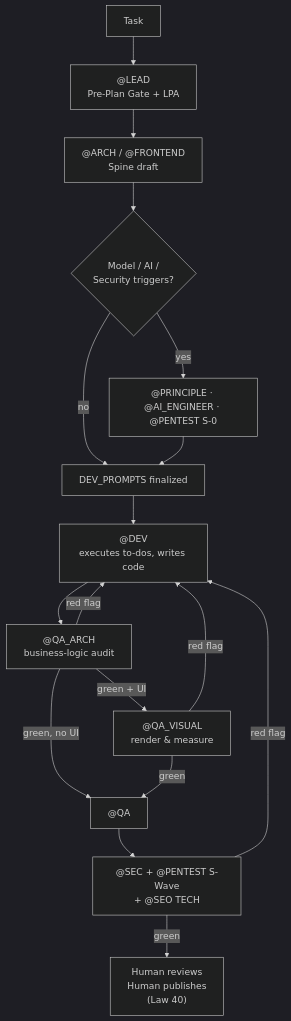
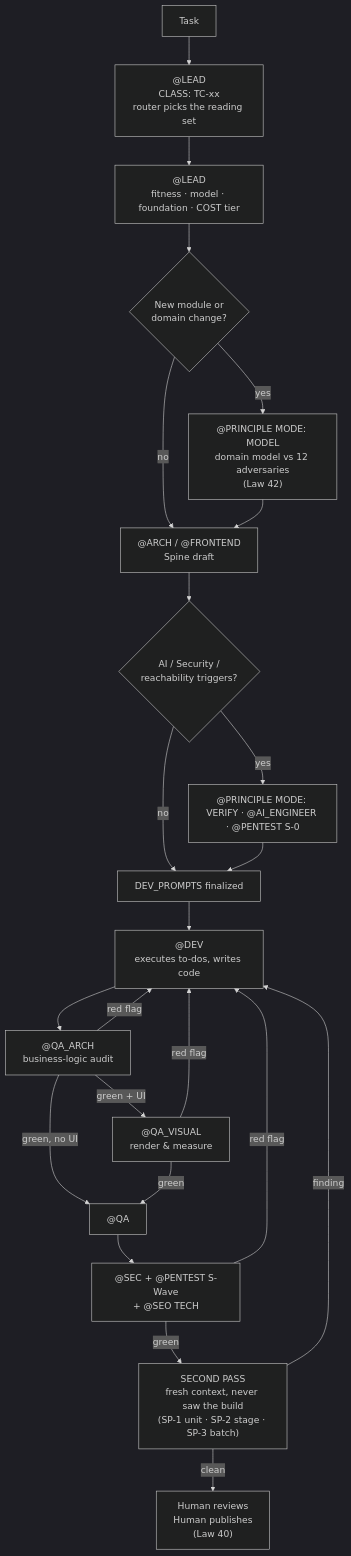
One commit to alex-zaporozhan/leo changed the diagram in README.md. Above: the diagram before and after it, drawn with Mermaid (dark theme). The commit also changed other lines of this file and 2 other files, not shown here.

````diff
--- a/README.md
+++ b/README.md
@@ -111,19 +138,25 @@
 ```mermaid
 flowchart TD
-    A["Task"] --> B["@LEAD\nPre-Plan Gate + LPA"]
-    B --> C["@ARCH / @FRONTEND\nSpine draft"]
-    C --> D{"Model / AI /\nSecurity triggers?"}
-    D -->|"yes"| E["@PRINCIPLE · @AI_ENGINEER · @PENTEST S-0"]
+    A["Task"] --> R["@LEAD\nCLASS: TC-xx\nrouter picks the reading set"]
+    R --> B["@LEAD\nfitness · model · foundation · COST tier"]
+    B --> M{"New module or\ndomain change?"}
+    M -->|"yes"| N["@PRINCIPLE MODE: MODEL\ndomain model vs 12 adversaries\n(Law 42)"]
+    M -->|"no"| C["@ARCH / @FRONTEND\nSpine draft"]
+    N --> C
+    C --> D{"AI / Security /\nreachability triggers?"}
+    D -->|"yes"| E["@PRINCIPLE MODE: VERIFY · @AI_ENGINEER · @PENTEST S-0"]
     D -->|"no"| F["DEV_PROMPTS finalized"]
     E --> F
     F --> G["@DEV\nexecutes to-dos, writes code"]
     G --> H["@QA_ARCH\nbusiness-logic audit"]
     H -->|"red flag"| G
     H -->|"green + UI"| I["@QA_VISUAL\nrender & measure"]
     I -->|"red flag"| G
     H -->|"green, no UI"| J["@QA"]
     I -->|"green"| J
     J --> K["@SEC + @PENTEST S-Wave\n+ @SEO TECH"]
     K -->|"red flag"| G
-    K -->|"green"| L["Human reviews\nHuman publishes\n(Law 40)"]
+    K -->|"green"| S["SECOND PASS\nfresh context, never saw the build\n(SP-1 unit · SP-2 stage · SP-3 batch)"]
+    S -->|"finding"| G
+    S -->|"clean"| L["Human reviews\nHuman publishes\n(Law 40)"]
 ```
````
